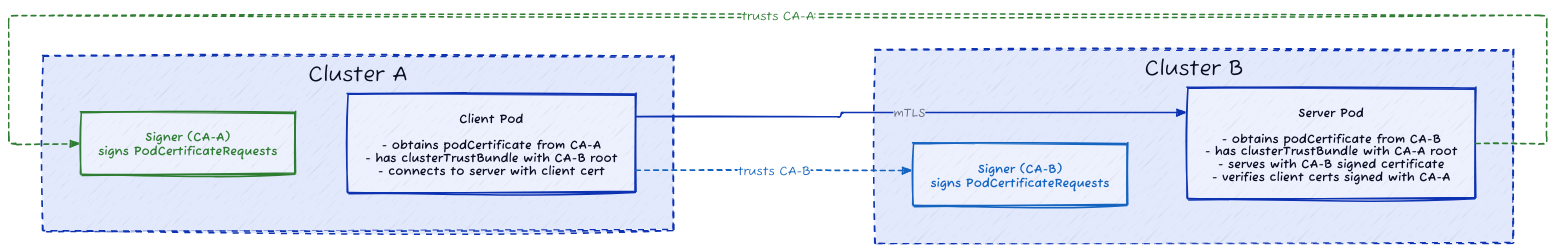
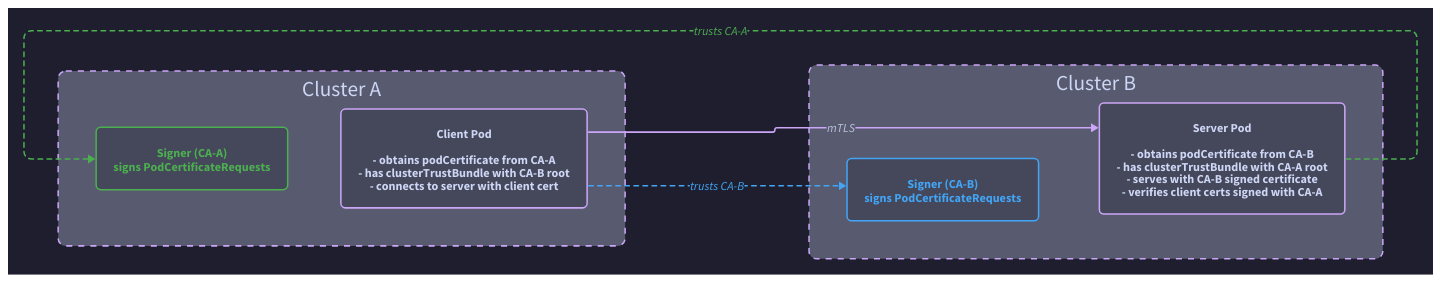
Before and after one commit to nickytd/cross-cluster-mtls: the diagram in images/cross-cluster-mtls.d2, drawn with D2. The commit also changed 1 other file, not shown here.

Commit message:
docs: switch architecture diagram to dark theme and standard fonts
Set D2 theme 200 (Dark Mauve), disable sketch mode for standard typography,
and brighten the signer/trust-edge accent colors for legibility on the dark
background.

```diff
--- a/images/cross-cluster-mtls.d2
+++ b/images/cross-cluster-mtls.d2
@@ -1,70 +1,71 @@
 # Cross-cluster mTLS architecture
 # Render: d2 images/cross-cluster-mtls.d2 images/cross-cluster-mtls.png
 # (layout engine pinned to ELK via d2-config below)
 #
 # Two kind clusters. Each runs a signer (signer name sample.io/signer) holding
 # its own CA, issues pod certs via PodCertificateRequest, and distributes the
 # peer cluster's CA via a ClusterTrustBundle so the two sides trust each other.
 
 direction: right
 
 vars: {
   d2-config: {
     layout-engine: elk
+    theme-id: 200
     pad: 40
-    sketch: true
+    sketch: false
   }
 }
 
 classes: {
   signer-a: {
-    style: { stroke: "#2e7d32"; font-color: "#2e7d32"; stroke-width: 2; border-radius: 6 }
+    style: { stroke: "#4caf50"; font-color: "#4caf50"; stroke-width: 2; border-radius: 6 }
   }
   signer-b: {
-    style: { stroke: "#1565c0"; font-color: "#1565c0"; stroke-width: 2; border-radius: 6 }
+    style: { stroke: "#42a5f5"; font-color: "#42a5f5"; stroke-width: 2; border-radius: 6 }
   }
   pod: {
     style: { stroke-width: 2; border-radius: 6 }
   }
 }
 
 cluster_a: Cluster A {
   direction: down
   style: { stroke-dash: 4; border-radius: 10 }
 
   signer_a: "Signer (CA-A)\nsigns PodCertificateRequests" { class: signer-a }
 
   client: "Client Pod\n\n- obtains podCertificate from CA-A\n- has clusterTrustBundle with CA-B root\n- connects to server with client cert" {
     class: pod
   }
 
   # keep signer above the pod within the cluster
   signer_a -> client: { style: { opacity: 0 } }
 }
 
 cluster_b: Cluster B {
   direction: down
   style: { stroke-dash: 4; border-radius: 10 }
 
   signer_b: "Signer (CA-B)\nsigns PodCertificateRequests" { class: signer-b }
 
   server: "Server Pod\n\n- obtains podCertificate from CA-B\n- has clusterTrustBundle with CA-A root\n- serves with CA-B signed certificate\n- verifies client certs signed with CA-A" {
     class: pod
   }
 
   signer_b -> server: { style: { opacity: 0 } }
 }
 
 # mTLS connection across clusters (client -> server)
 cluster_a.client -> cluster_b.server: mTLS {
   style: { stroke-width: 2 }
 }
 
 # Cross-cluster trust via ClusterTrustBundle (dotted, colored by CA).
 # Cluster A trusts CA-B; Cluster B trusts CA-A.
 cluster_a.client -> cluster_b.signer_b: "trusts CA-B" {
-  style: { stroke-dash: 3; stroke: "#1565c0"; font-color: "#1565c0" }
+  style: { stroke-dash: 3; stroke: "#42a5f5"; font-color: "#42a5f5" }
 }
 cluster_b.server -> cluster_a.signer_a: "trusts CA-A" {
-  style: { stroke-dash: 3; stroke: "#2e7d32"; font-color: "#2e7d32" }
+  style: { stroke-dash: 3; stroke: "#4caf50"; font-color: "#4caf50" }
 }
```
